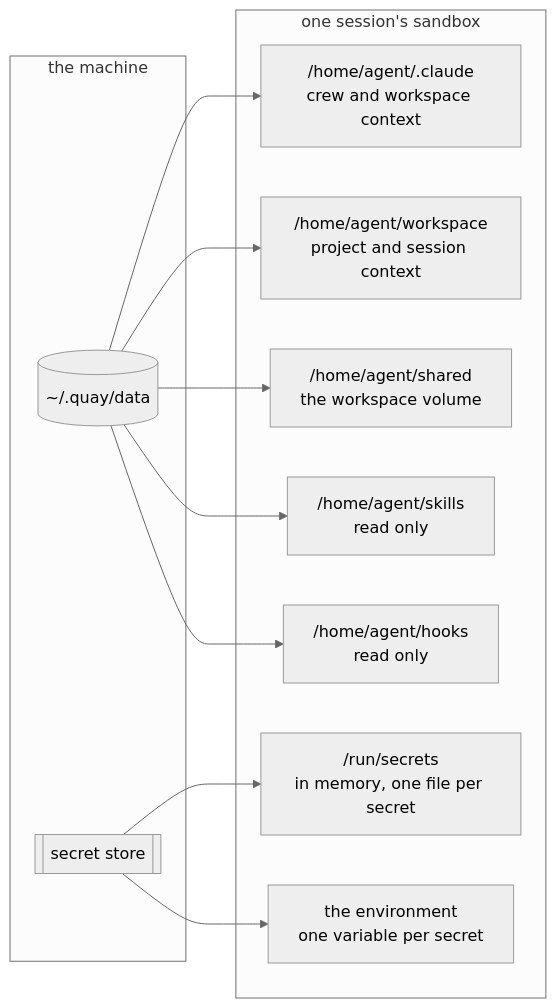
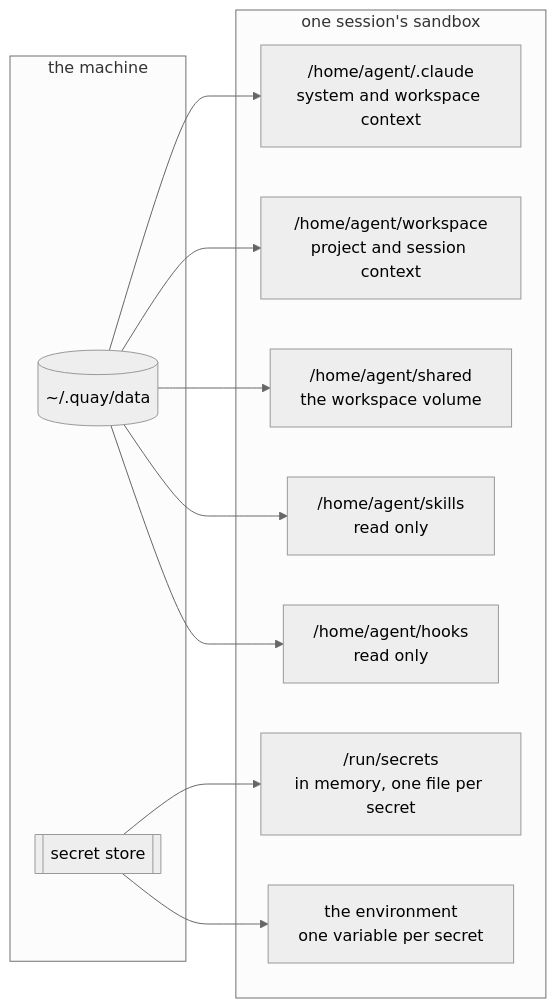
The diagram in docs/WORKSPACE.md (atlantic-blue/quay-crew), drawn with Mermaid (neutral theme) before and after one commit. The commit also changed other lines of this file and 496 other files, not shown here.

Commit message:
506: refactor: the word for the level above every workspace is system

````diff
--- a/docs/WORKSPACE.md
+++ b/docs/WORKSPACE.md
@@ -14,23 +14,23 @@
 ```mermaid
 flowchart LR
   subgraph host["the machine"]
     store[("~/.quay/data")]
     secrets[["secret store"]]
   end
   subgraph box["one session's sandbox"]
-    claude["/home/agent/.claude<br/>crew and workspace context"]
+    claude["/home/agent/.claude<br/>system and workspace context"]
     wd["/home/agent/workspace<br/>project and session context"]
     shared["/home/agent/shared<br/>the workspace volume"]
     skills["/home/agent/skills<br/>read only"]
     hooks["/home/agent/hooks<br/>read only"]
     files["/run/secrets<br/>in memory, one file per secret"]
     env["the environment<br/>one variable per secret"]
   end
   store --> claude
   store --> wd
   store --> shared
   store --> skills
   store --> hooks
   secrets --> files
   secrets --> env
 ```
````
